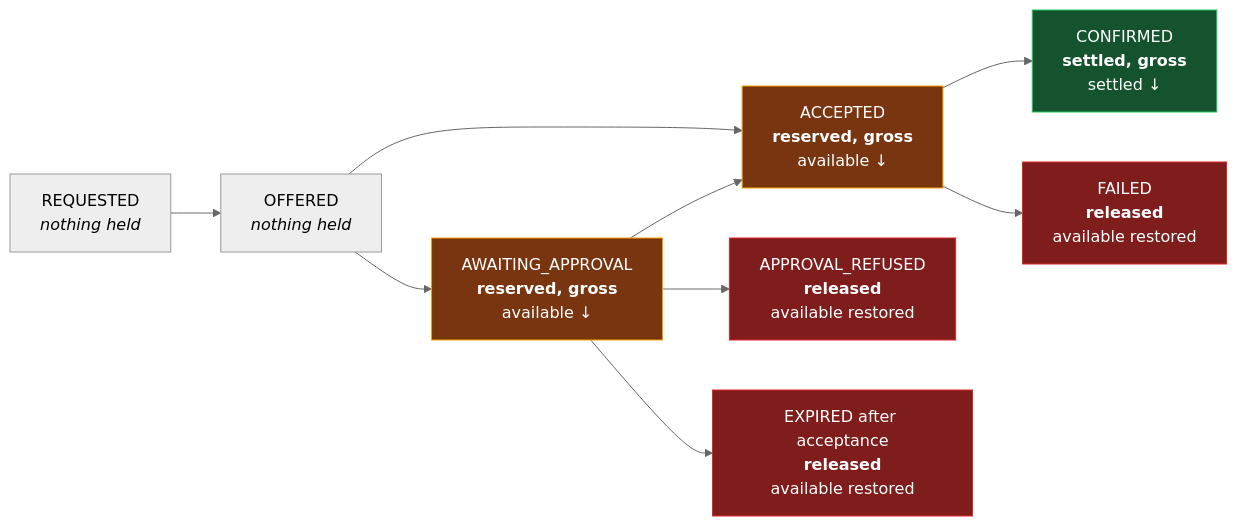
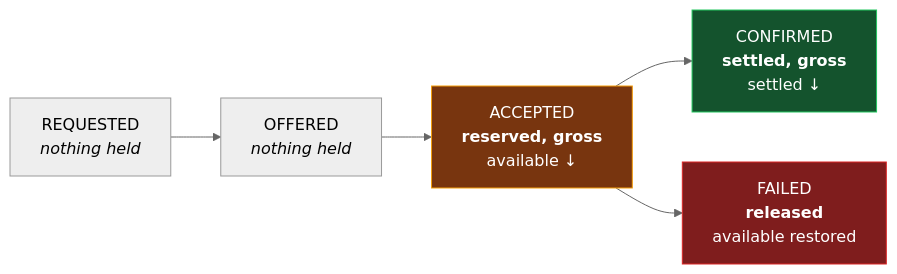
The fourth of 5 diagrams in specs/40-processes/01-trade-lifecycle.md (lukastosic-ifd/peakpowerspecs), drawn with Mermaid (neutral theme) before and after one commit. The commit also changed other lines of this file and 40 other files, not shown here.

````diff
--- a/specs/40-processes/01-trade-lifecycle.md
+++ b/specs/40-processes/01-trade-lifecycle.md
@@ -213,27 +157,17 @@
 ```mermaid
 flowchart LR
     S1["REQUESTED<br/><i>nothing held</i>"]
     S2["OFFERED<br/><i>nothing held</i>"]
-    S6["AWAITING_APPROVAL<br/><b>reserved, gross</b><br/>available ↓"]
     S3["ACCEPTED<br/><b>reserved, gross</b><br/>available ↓"]
     S4["CONFIRMED<br/><b>settled, gross</b><br/>settled ↓"]
     S5["FAILED<br/><b>released</b><br/>available restored"]
-    S7["APPROVAL_REFUSED<br/><b>released</b><br/>available restored"]
-    S8["EXPIRED after acceptance<br/><b>released</b><br/>available restored"]
 
     S1 --> S2
     S2 --> S3
-    S2 --> S6
-    S6 --> S3
-    S6 --> S7
-    S6 --> S8
     S3 --> S4
     S3 --> S5
 
-    style S6 fill:#78350f,stroke:#f59e0b,color:#fff
     style S3 fill:#78350f,stroke:#f59e0b,color:#fff
     style S4 fill:#14532d,stroke:#22c55e,color:#fff
     style S5 fill:#7f1d1d,stroke:#dc2626,color:#fff
-    style S7 fill:#7f1d1d,stroke:#dc2626,color:#fff
-    style S8 fill:#7f1d1d,stroke:#dc2626,color:#fff
 ```
````
